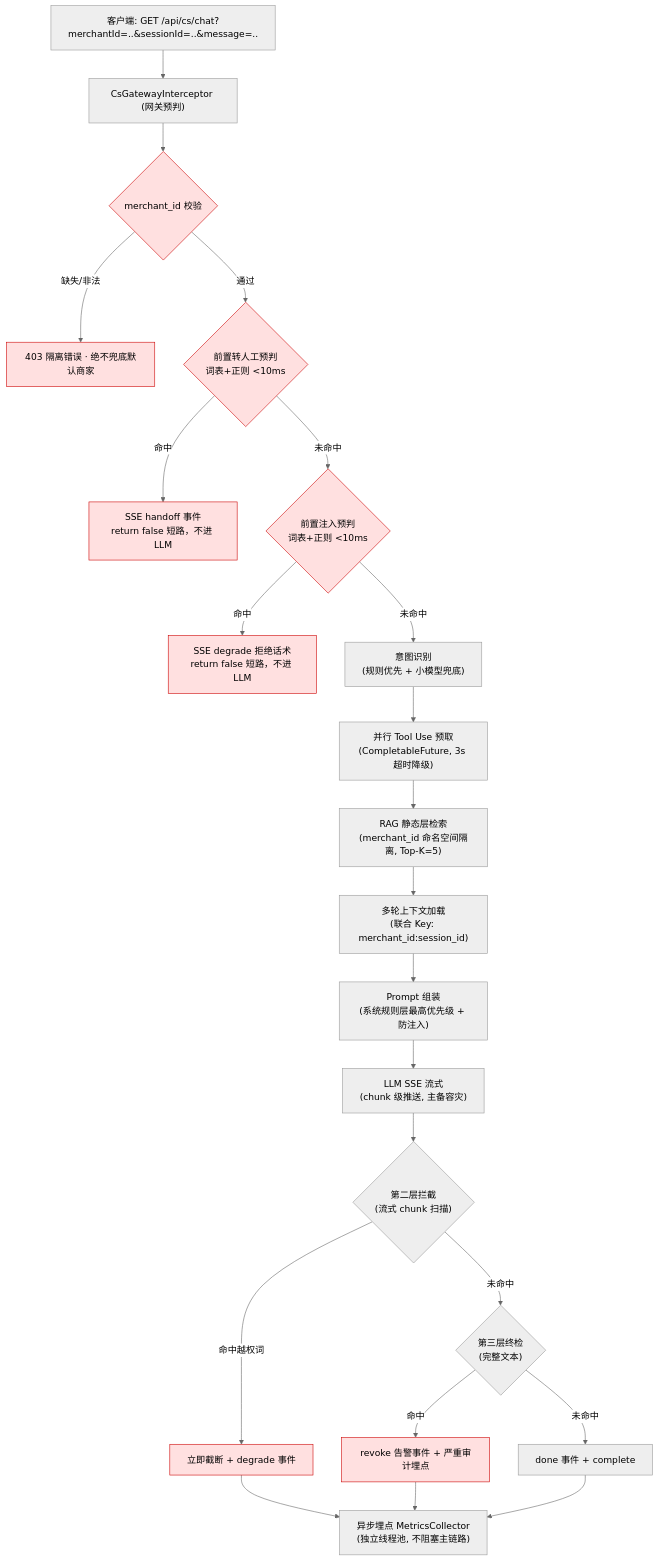
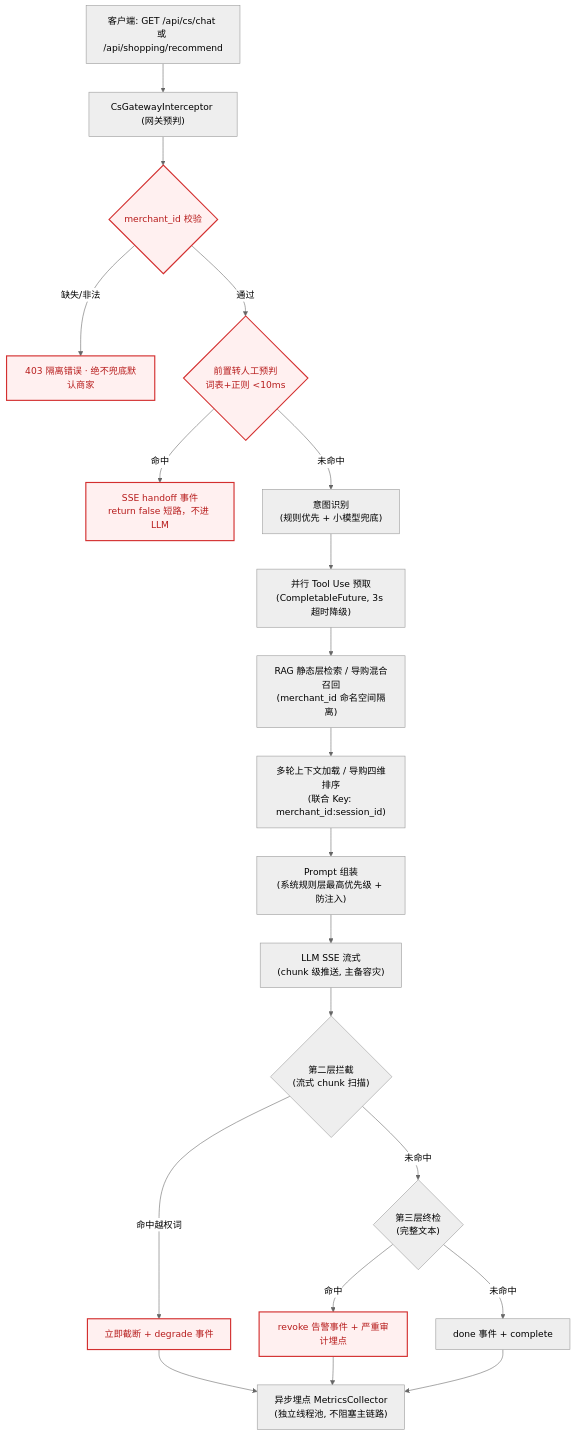
One commit to CHANSingYeungSunny/uniselect-agent-backend changed the diagram in README.md. Above: the diagram before and after it, drawn with Mermaid (neutral theme). The commit also changed other lines of this file, not shown here.

Commit message:
docs: 强制更新根目录 README，修复 Mermaid 红线颜色对比度，全面反映客服+导购双引擎架构 (27/27 测试全绿)

````diff
--- a/README.md
+++ b/README.md
@@ -29,27 +36,24 @@
 ```mermaid
 flowchart TD
-    A["客户端: GET /api/cs/chat?merchantId=..&sessionId=..&message=.."] --> B["CsGatewayInterceptor (网关预判)"]
-    B --> C{"merchant_id 校验"}
-    C -- 缺失/非法 --> D["403 隔离错误 · 绝不兜底默认商家"]
-    C -- 通过 --> E{"前置转人工预判<br/>词表+正则 <10ms"}
-    E -- 命中 --> F["SSE handoff 事件<br/>return false 短路，不进 LLM"]
-    E -- 未命中 --> E2{"前置注入预判<br/>词表+正则 <10ms"}
-    E2 -- 命中 --> F2["SSE degrade 拒绝话术<br/>return false 短路，不进 LLM"]
-    E2 -- 未命中 --> G["意图识别<br/>(规则优先 + 小模型兜底)"]
-    G --> H["并行 Tool Use 预取<br/>(CompletableFuture, 3s 超时降级)"]
-    H --> I["RAG 静态层检索<br/>(merchant_id 命名空间隔离, Top-K=5)"]
-    I --> J["多轮上下文加载<br/>(联合 Key: merchant_id:session_id)"]
-    J --> K["Prompt 组装<br/>(系统规则层最高优先级 + 防注入)"]
-    K --> L["LLM SSE 流式<br/>(chunk 级推送, 主备容灾)"]
-    L --> M{"第二层拦截<br/>(流式 chunk 扫描)"}
-    M -- 命中越权词 --> N["立即截断 + degrade 事件"]
-    M -- 未命中 --> O{"第三层终检<br/>(完整文本)"}
-    O -- 命中 --> P["revoke 告警事件 + 严重审计埋点"]
-    O -- 未命中 --> Q["done 事件 + complete"]
-    Q --> R["异步埋点 MetricsCollector<br/>(独立线程池, 不阻塞主链路)"]
-    N --> R
-    P --> R
-
-    classDef red fill:#ffe0e0,stroke:#c00;
-    class C,D,E,E2,F,F2,N,P red;
+     A["客户端: GET /api/cs/chat 或 /api/shopping/recommend"] --> B["CsGatewayInterceptor (网关预判)"]
+     B --> C{"merchant_id 校验"}
+     C -- 缺失/非法 --> D["403 隔离错误 · 绝不兜底默认商家"]
+     C -- 通过 --> E{"前置转人工预判<br/>词表+正则 <10ms"}
+     E -- 命中 --> F["SSE handoff 事件<br/>return false 短路，不进 LLM"]
+     E -- 未命中 --> G["意图识别<br/>(规则优先 + 小模型兜底)"]
+     G --> H["并行 Tool Use 预取<br/>(CompletableFuture, 3s 超时降级)"]
+     H --> I["RAG 静态层检索 / 导购混合召回<br/>(merchant_id 命名空间隔离)"]
+     I --> J["多轮上下文加载 / 导购四维排序<br/>(联合 Key: merchant_id:session_id)"]
+     J --> K["Prompt 组装<br/>(系统规则层最高优先级 + 防注入)"]
+     K --> L["LLM SSE 流式<br/>(chunk 级推送, 主备容灾)"]
+     L --> M{"第二层拦截<br/>(流式 chunk 扫描)"}
+     M -- 命中越权词 --> N["立即截断 + degrade 事件"]
+     M -- 未命中 --> O{"第三层终检<br/>(完整文本)"}
+     O -- 命中 --> P["revoke 告警事件 + 严重审计埋点"]
+     O -- 未命中 --> Q["done 事件 + complete"]
+     Q --> R["异步埋点 MetricsCollector<br/>(独立线程池, 不阻塞主链路)"]
+     N --> R
+     P --> R
+     classDef red fill:#fff0f0, stroke:#d32f2f, color:#b71c1c, stroke-width:2px;
+     class C,D,E,F,N,P red;
 ```
````
